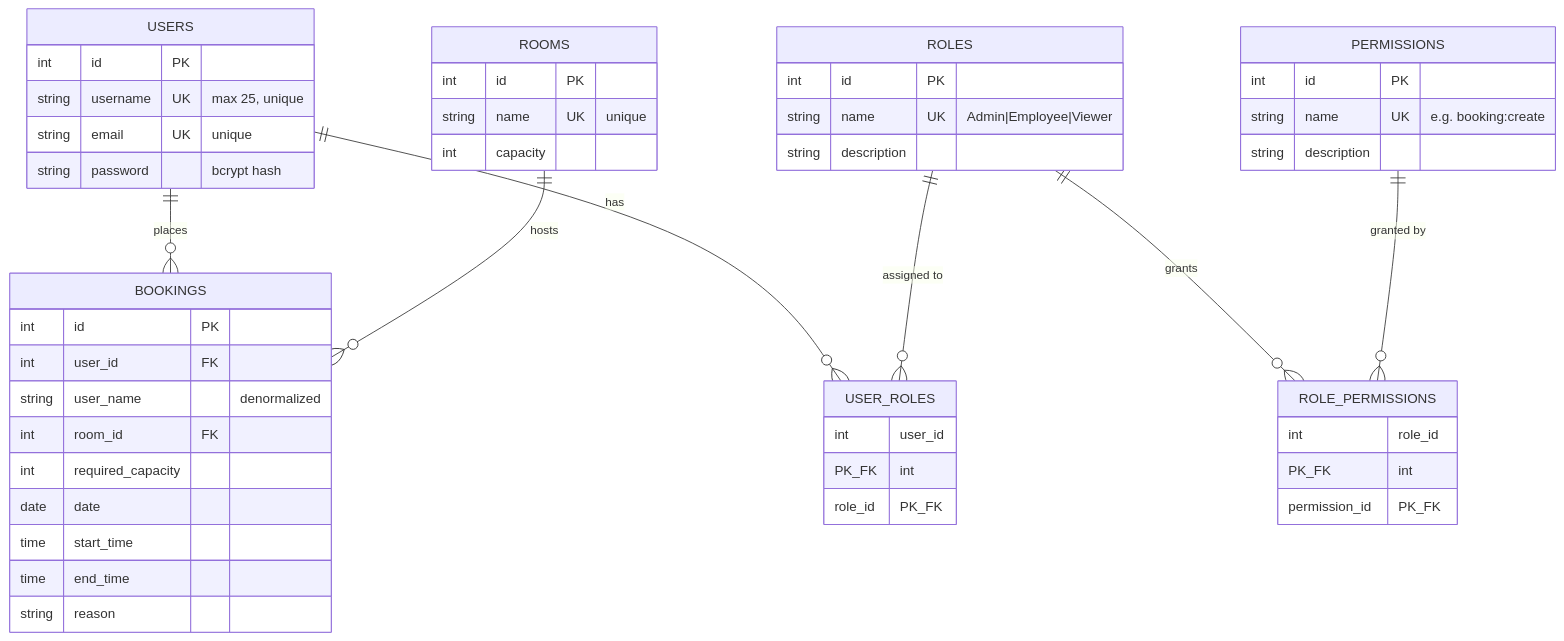
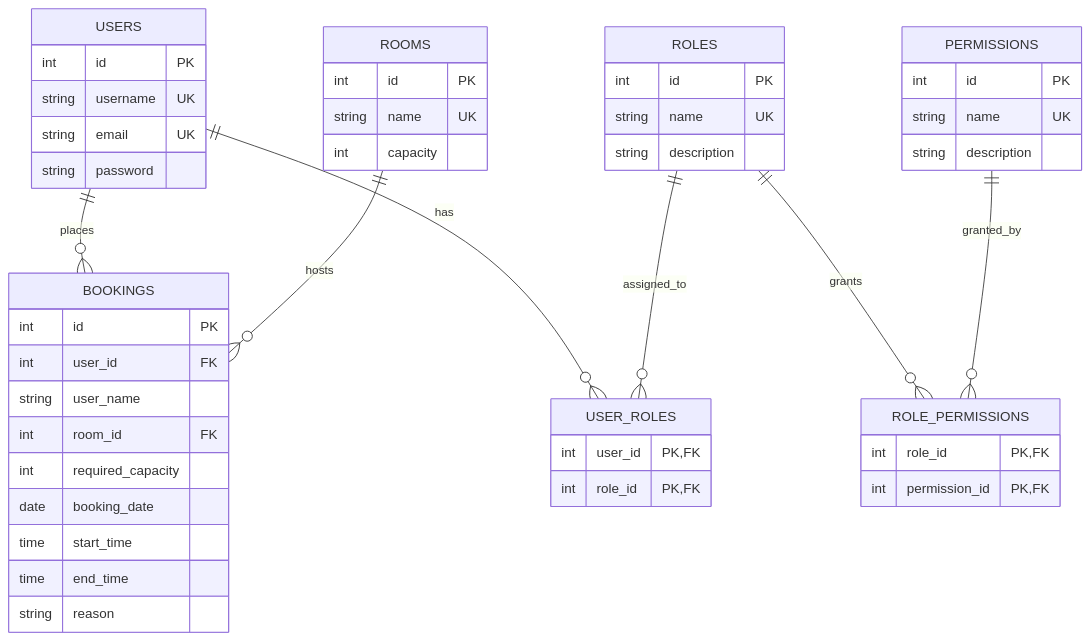
One commit to gnanavi030/booking-system changed the sixth of 17 diagrams in Readme.md. Above: the diagram before and after it, drawn with Mermaid. The commit also changed other lines of this file, not shown here.

````diff
--- a/Readme.md
+++ b/Readme.md
@@ -248,56 +248,56 @@
 ```mermaid
 erDiagram
-    USERS ||--o{ BOOKINGS : "places"
-    ROOMS ||--o{ BOOKINGS : "hosts"
-    USERS ||--o{ USER_ROLES : "has"
-    ROLES ||--o{ USER_ROLES : "assigned to"
-    ROLES ||--o{ ROLE_PERMISSIONS : "grants"
-    PERMISSIONS ||--o{ ROLE_PERMISSIONS : "granted by"
+    USERS ||--o{ BOOKINGS : places
+    ROOMS ||--o{ BOOKINGS : hosts
+    USERS ||--o{ USER_ROLES : has
+    ROLES ||--o{ USER_ROLES : assigned_to
+    ROLES ||--o{ ROLE_PERMISSIONS : grants
+    PERMISSIONS ||--o{ ROLE_PERMISSIONS : granted_by
 
     USERS {
         int id PK
-        string username UK "max 25, unique"
-        string email UK "unique"
-        string password "bcrypt hash"
+        string username UK
+        string email UK
+        string password
     }
 
     ROLES {
         int id PK
-        string name UK "Admin|Employee|Viewer"
+        string name UK
         string description
     }
 
     PERMISSIONS {
         int id PK
-        string name UK "e.g. booking:create"
+        string name UK
         string description
     }
 
     USER_ROLES {
-        int user_id PK_FK
-        int role_id PK_FK
+        int user_id PK, FK
+        int role_id PK, FK
     }
 
     ROLE_PERMISSIONS {
-        int role_id PK_FK
-        int permission_id PK_FK
+        int role_id PK, FK
+        int permission_id PK, FK
     }
 
     ROOMS {
         int id PK
-        string name UK "unique"
+        string name UK
         int capacity
     }
 
     BOOKINGS {
         int id PK
         int user_id FK
-        string user_name "denormalized"
+        string user_name
         int room_id FK
         int required_capacity
-        date date
+        date booking_date
         time start_time
         time end_time
         string reason
     }
 ```
````
